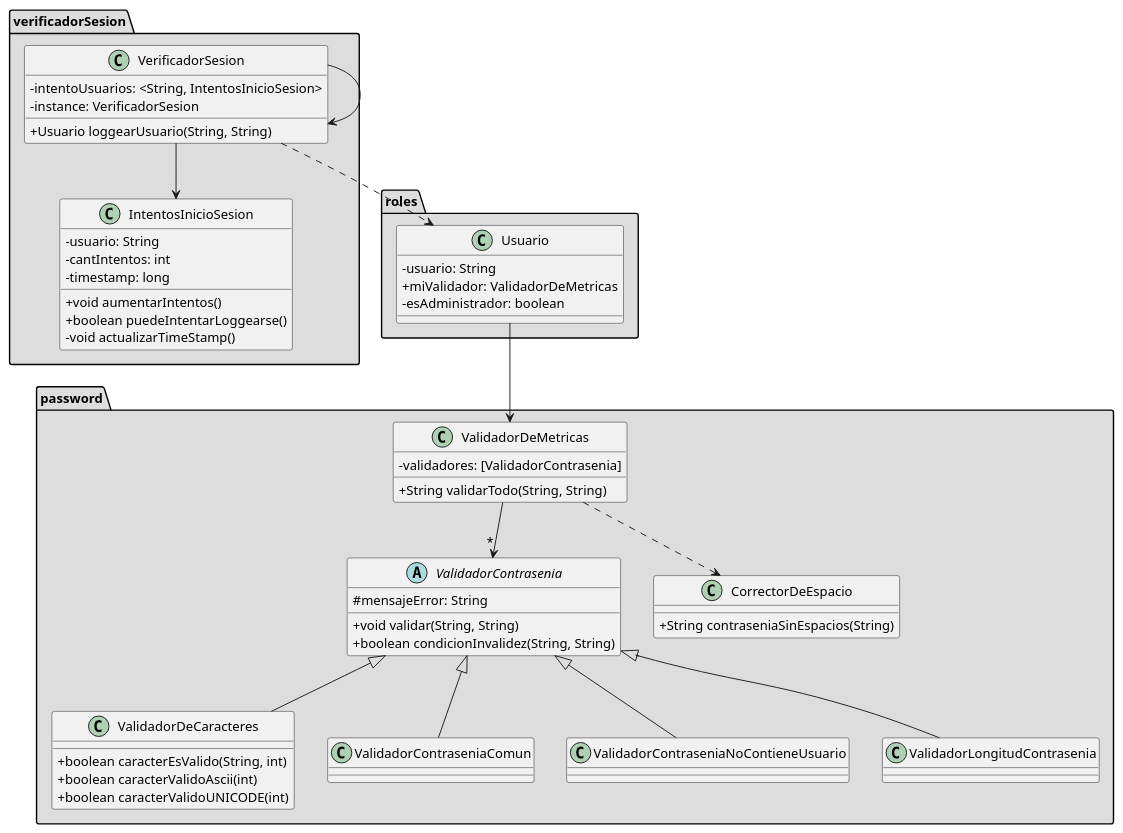
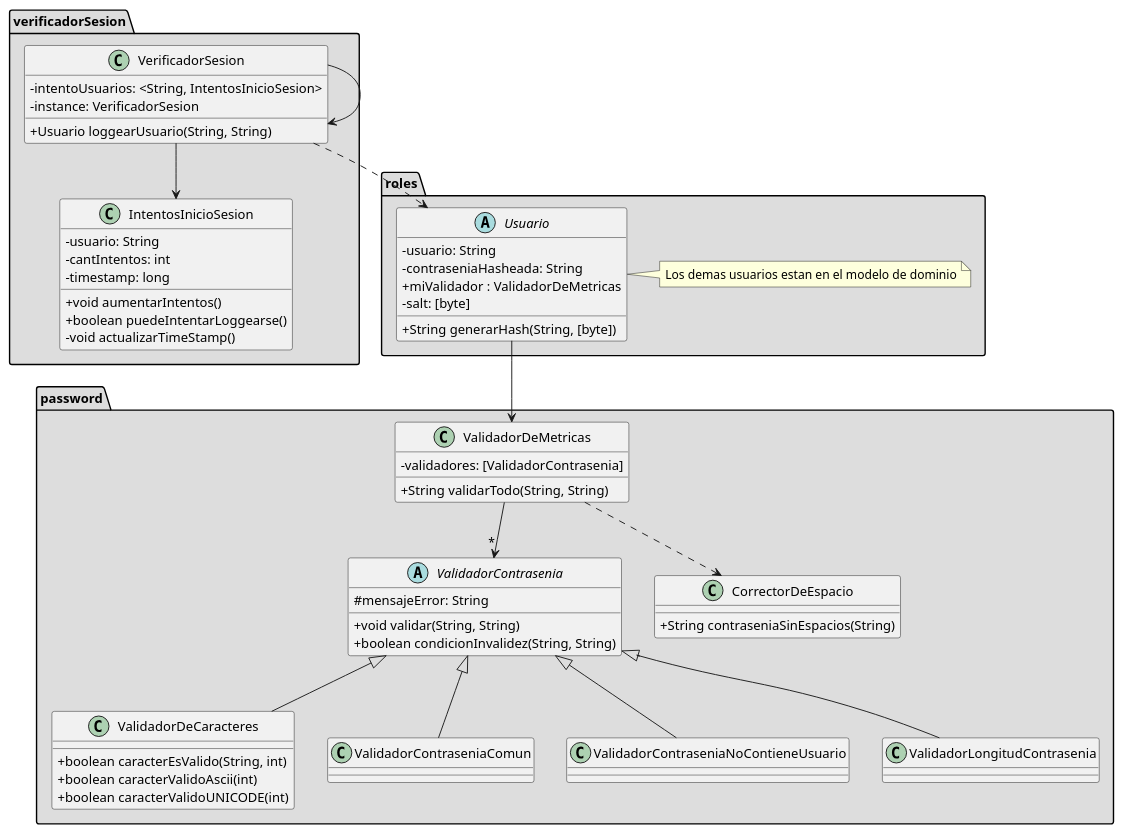
The diagram in src/modeloDeSeguridad.puml (IgnacioG2000/TP-DDS), drawn with PlantUML before and after one commit. The commit also changed 1 other file, not shown here.

Commit message:
Arreglamos diagramas de clases

```diff
--- a/src/modeloDeSeguridad.puml
+++ b/src/modeloDeSeguridad.puml
@@ -1,83 +1,88 @@
 @startuml
 skinparam classAttributeIconSize 0
 
 package "verificadorSesion" #DDDDDD {
     class VerificadorSesion {
     -intentoUsuarios: <String, IntentosInicioSesion>
     -instance: VerificadorSesion
 
     +Usuario loggearUsuario(String, String)
     }
 
     class IntentosInicioSesion {
     -usuario: String
     -cantIntentos: int
     -timestamp: long
 
     +void aumentarIntentos()
     +boolean puedeIntentarLoggearse()
     -void actualizarTimeStamp()
     }
 }
 
 
 package "roles" #DDDDDD {
-    class Usuario {
+    abstract Usuario {
     -usuario: String
-    +miValidador: ValidadorDeMetricas
-    -esAdministrador: boolean
+    -contraseniaHasheada: String
+    +miValidador : ValidadorDeMetricas
+    -salt: [byte]
+
+    +String generarHash(String, [byte])
     }
+
+    note right: Los demas usuarios estan en el modelo de dominio
 }
 
 package "password" #DDDDDD {
 
     class ValidadorDeMetricas {
     -validadores: [ValidadorContrasenia]
 
     +String validarTodo(String, String)
     }
 
     abstract class ValidadorContrasenia {
     #mensajeError: String
 
     +void validar(String, String)
     +boolean condicionInvalidez(String, String)
     }
 
     class ValidadorDeCaracteres extends ValidadorContrasenia {
 
     +boolean caracterEsValido(String, int)
     +boolean caracterValidoAscii(int)
     +boolean caracterValidoUNICODE(int)
     }
 
     class ValidadorContraseniaComun extends ValidadorContrasenia {
 
     }
 
     class ValidadorContraseniaNoContieneUsuario extends ValidadorContrasenia {
 
     }
 
     class ValidadorLongitudContrasenia extends ValidadorContrasenia {
 
     }
 
     class CorrectorDeEspacio {
 
     +String contraseniaSinEspacios(String)
     }
 }
 
 
 
 VerificadorSesion --> IntentosInicioSesion
 VerificadorSesion ..> Usuario
 VerificadorSesion --> VerificadorSesion
 
 Usuario --> ValidadorDeMetricas
 
 ValidadorDeMetricas --> "*" ValidadorContrasenia
 ValidadorDeMetricas ..> CorrectorDeEspacio
 
 @enduml
```
